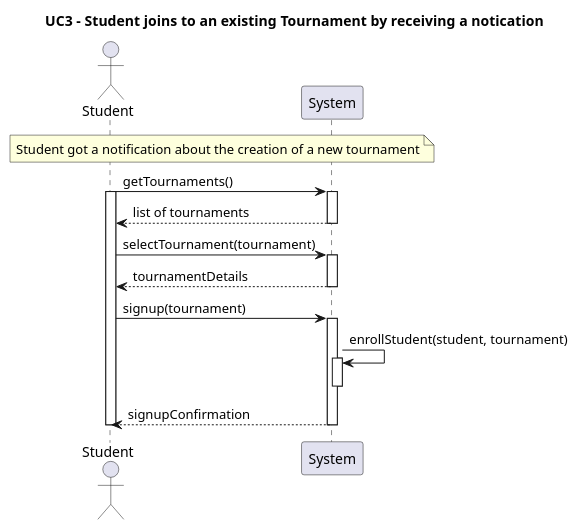
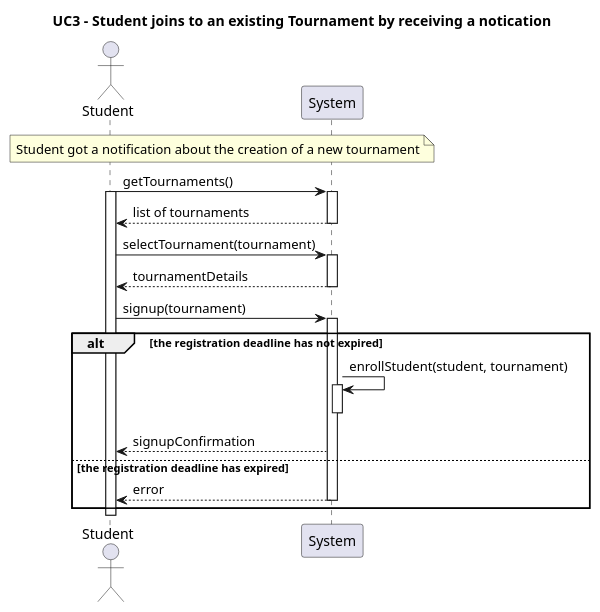
The diagram in rasd/puml/UC3.puml (Furrrlo/CodeKataBattle), drawn with PlantUML before and after one commit. The commit also changed 1 other file, not shown here.

```diff
--- a/rasd/puml/UC3.puml
+++ b/rasd/puml/UC3.puml
@@ -1,21 +1,25 @@
 @startuml UC3
 title UC3 - Student joins to an existing Tournament by receiving a notication      
 actor Student
 participant System
 
 note across: Student got a notification about the creation of a new tournament
 
 Student -> System ++: getTournaments()
 activate Student
 System --> Student--: list of tournaments
 
 
 
 Student -> System ++ : selectTournament(tournament)
 Student <-- System -- : tournamentDetails
 
 Student -> System ++ : signup(tournament)
-System -> System ++-- : enrollStudent(student, tournament)
-Student <-- System -- : signupConfirmation
+alt the registration deadline has not expired
+    System -> System ++-- : enrollStudent(student, tournament)
+    Student <-- System : signupConfirmation
+else the registration deadline has expired
+    Student <-- System -- : error
+end
 deactivate Student
 @enduml
```
